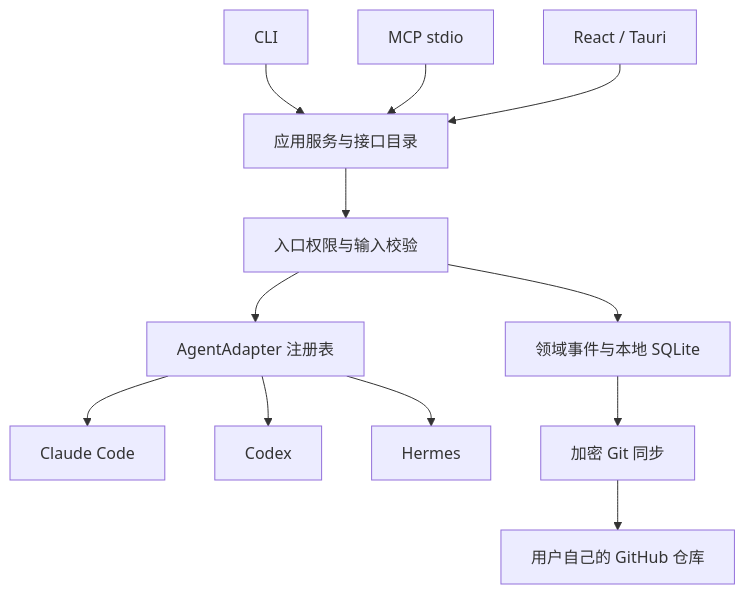
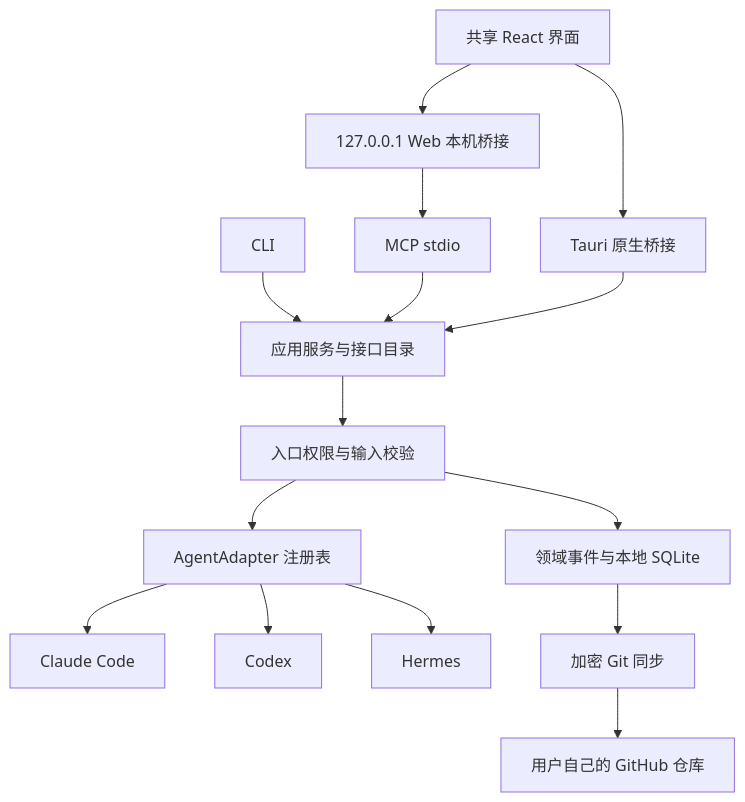
The diagram in docs/architecture.md (jEasyn1212/Continuo), drawn with Mermaid before and after one commit. The commit also changed other lines of this file and 28 other files, not shown here.

````diff
--- a/docs/architecture.md
+++ b/docs/architecture.md
@@ -3,14 +3,17 @@
 ```mermaid
 flowchart TD
     CLI[CLI] --> S[应用服务与接口目录]
     MCP[MCP stdio] --> S
-    UI[React / Tauri] --> S
+    UI[共享 React 界面] --> T[Tauri 原生桥接]
+    UI --> W[127.0.0.1 Web 本机桥接]
+    T --> S
+    W --> MCP
     S --> P[入口权限与输入校验]
     P --> E[领域事件与本地 SQLite]
     P --> R[AgentAdapter 注册表]
     R --> C[Claude Code]
     R --> X[Codex]
     R --> H[Hermes]
     E --> G[加密 Git 同步]
     G --> U[用户自己的 GitHub 仓库]
 ```
````
